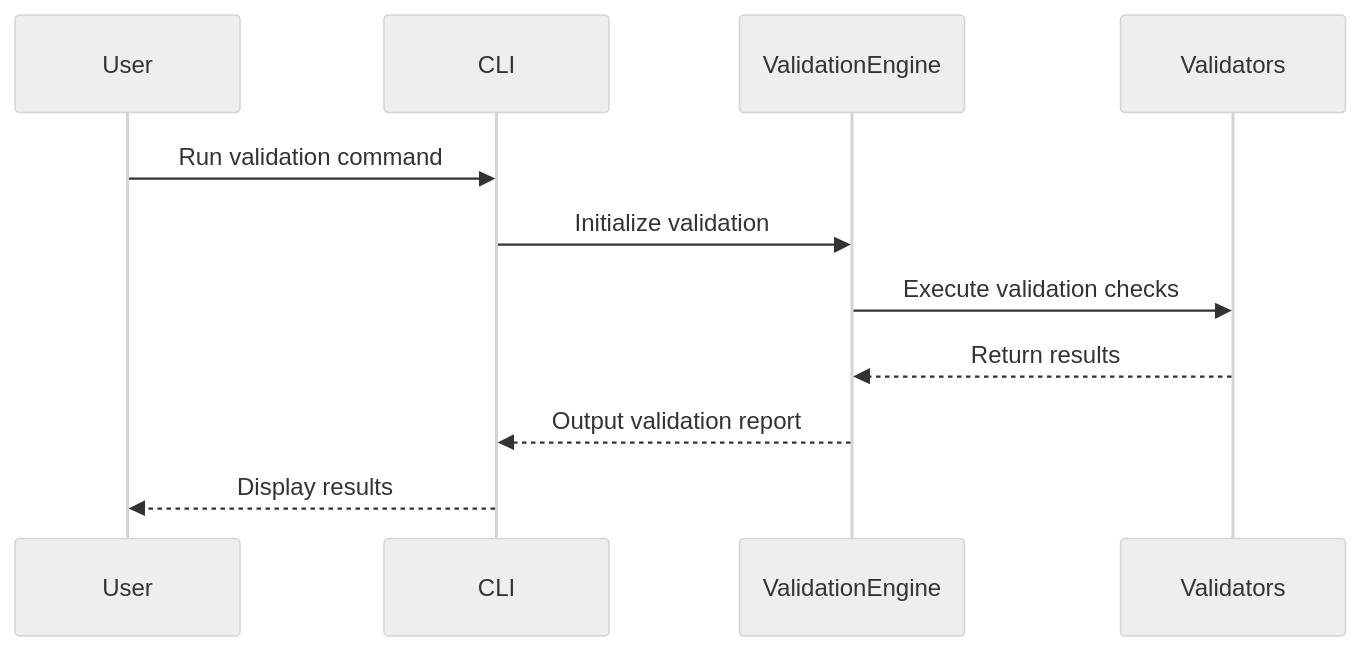
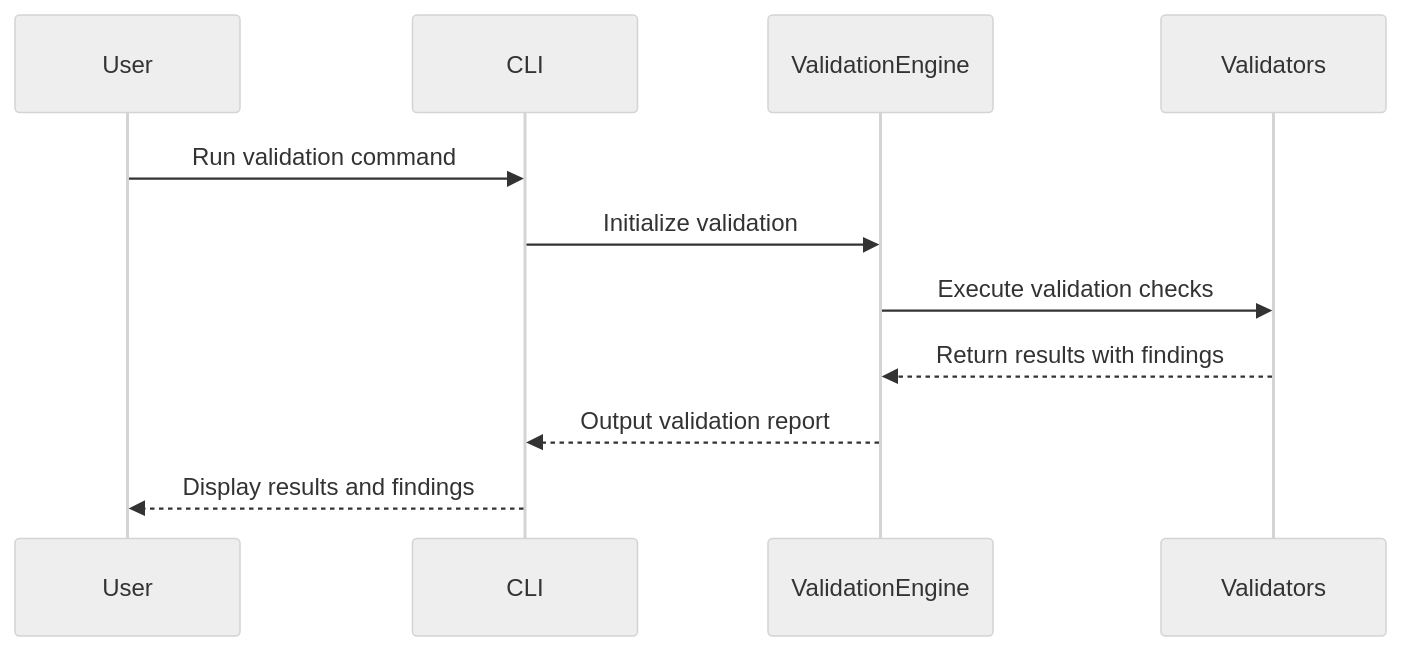
Before and after one commit to andrewhopper/watchman-ai: the third of 3 diagrams in readme.md, drawn with Mermaid (neutral theme). The commit also changed other lines of this file and 2 other files, not shown here.

Commit message:
update readme and add array for validation results

````diff
--- a/readme.md
+++ b/readme.md
@@ -45,13 +112,13 @@
 ```mermaid
 sequenceDiagram
     participant User
     participant CLI
     participant ValidationEngine
     participant Validators
     User->>CLI: Run validation command
     CLI->>ValidationEngine: Initialize validation
     ValidationEngine->>Validators: Execute validation checks
-    Validators-->>ValidationEngine: Return results
+    Validators-->>ValidationEngine: Return results with findings
     ValidationEngine-->>CLI: Output validation report
-    CLI-->>User: Display results
+    CLI-->>User: Display results and findings
 ```
````
